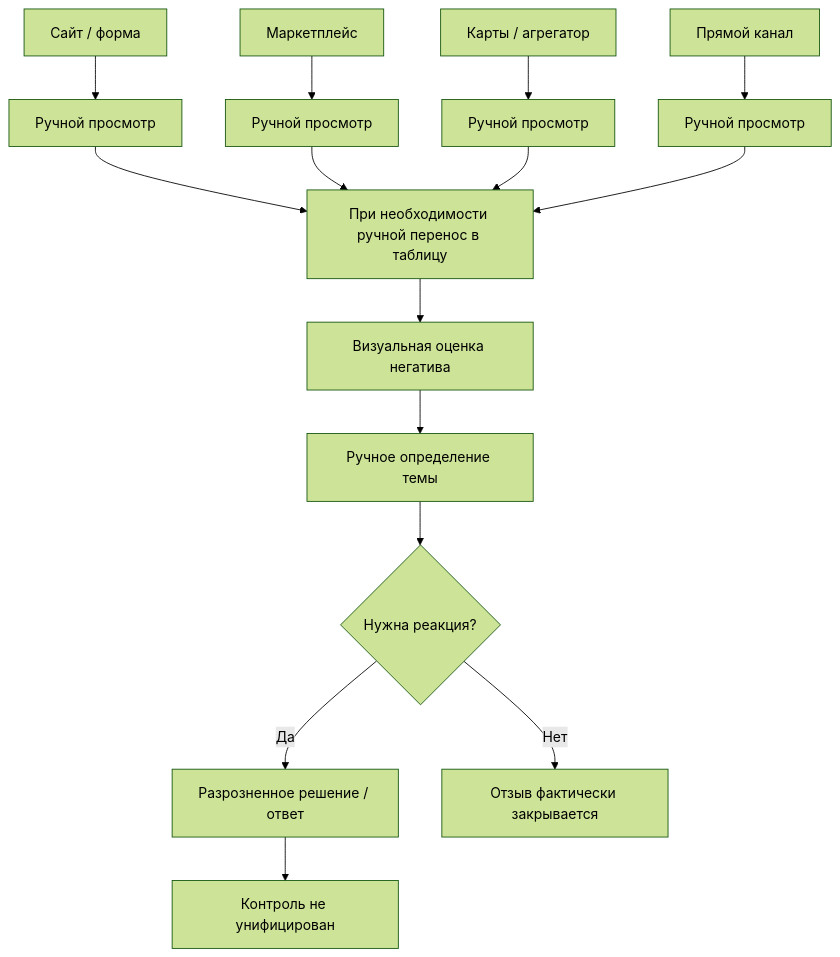
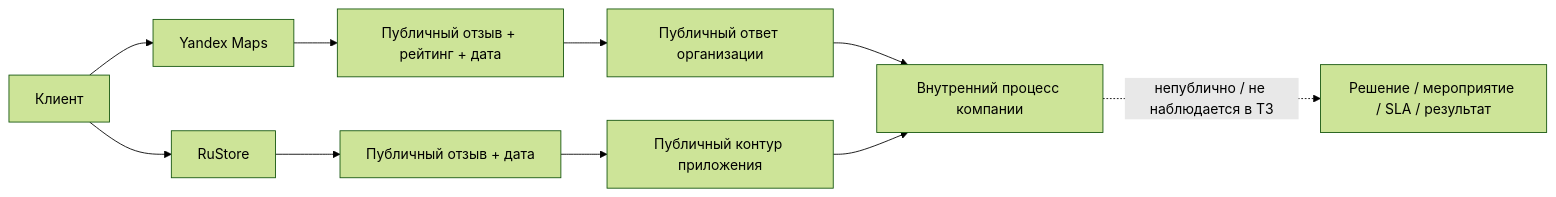
One commit to repairwtfb3-stack/FeedbackPro changed the diagram in docs/T3_ORG_N_AND_AS_IS.md. Above: the diagram before and after it, drawn with Mermaid (forest theme). The commit also changed other lines of this file, not shown here.

````diff
--- a/docs/T3_ORG_N_AND_AS_IS.md
+++ b/docs/T3_ORG_N_AND_AS_IS.md
@@ -87,19 +42,12 @@
 ```mermaid
-flowchart TD
-    A1[Сайт / форма] --> B1[Ручной просмотр]
-    A2[Маркетплейс] --> B2[Ручной просмотр]
-    A3[Карты / агрегатор] --> B3[Ручной просмотр]
-    A4[Прямой канал] --> B4[Ручной просмотр]
-
-    B1 --> C[При необходимости ручной перенос в таблицу]
-    B2 --> C
-    B3 --> C
-    B4 --> C
-
-    C --> D[Визуальная оценка негатива]
-    D --> E[Ручное определение темы]
-    E --> F{Нужна реакция?}
-    F -- Да --> G[Разрозненное решение / ответ]
-    F -- Нет --> H[Отзыв фактически закрывается]
-    G --> I[Контроль не унифицирован]
+flowchart LR
+    A[Клиент] --> B1[Yandex Maps]
+    A --> B2[RuStore]
+    B1 --> C1[Публичный отзыв + рейтинг + дата]
+    B2 --> C2[Публичный отзыв + дата]
+    C1 --> D[Публичный ответ организации]
+    C2 --> D2[Публичный контур приложения]
+    D --> E[Внутренний процесс компании]
+    D2 --> E
+    E -. непублично / не наблюдается в T3 .-> F[Решение / мероприятие / SLA / результат]
 ```
````
